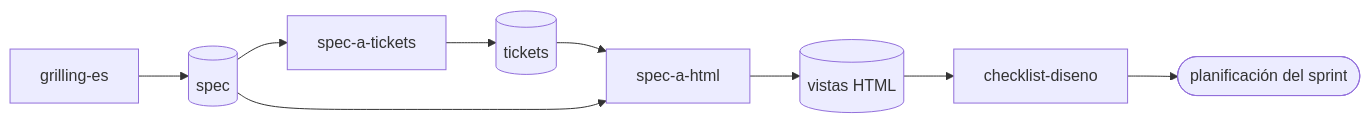
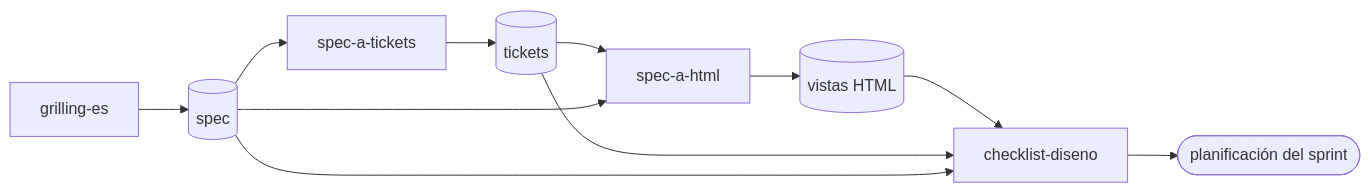
Before and after one commit to grez-lucas/design-flow-skills: the first of 2 diagrams in README.md, drawn with Mermaid. The commit also changed other lines of this file, not shown here.

Commit message:
docs: precisar los diagramas de uso

````diff
--- a/README.md
+++ b/README.md
@@ -29,11 +29,13 @@
 ```mermaid
 flowchart LR
     A[grilling-es] --> B[(spec)]
     B --> C[spec-a-tickets]
     C --> D[(tickets)]
     D --> E[spec-a-html]
     B --> E
     E --> F[(vistas HTML)]
     F --> G[checklist-diseno]
+    D --> G
+    B --> G
     G --> H([planificación del sprint])
 ```
````
